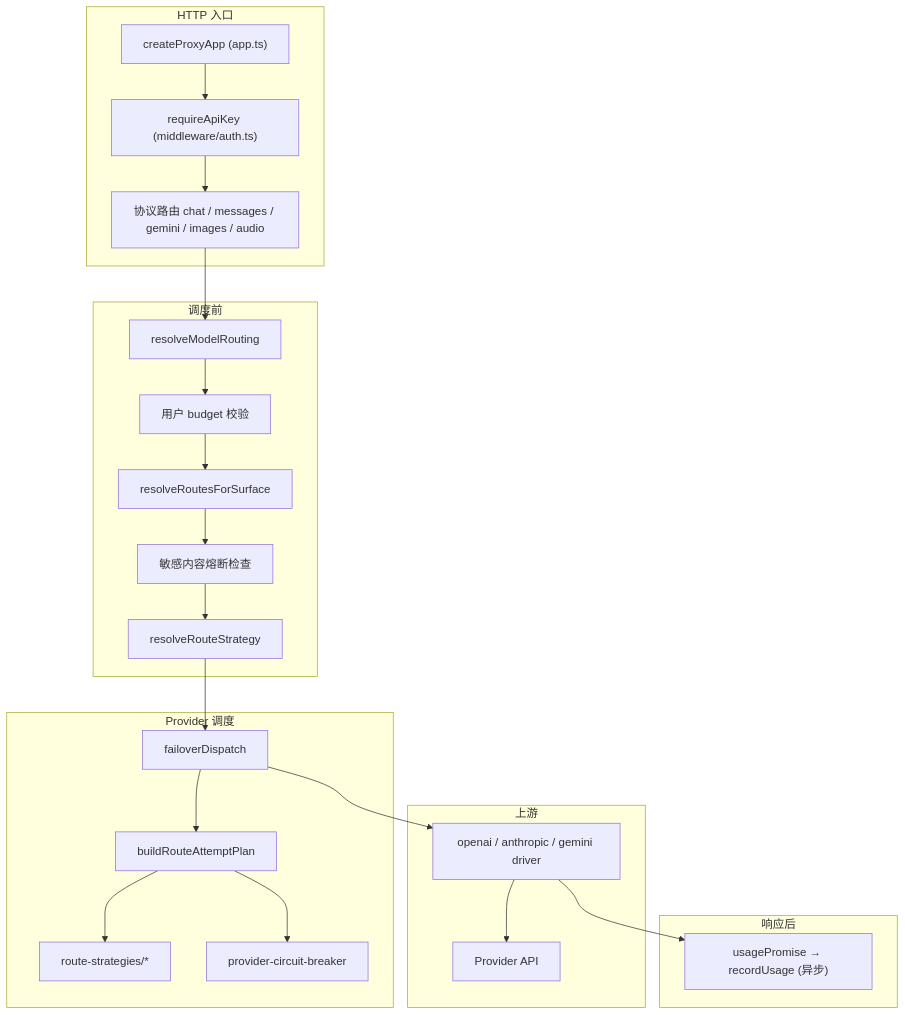
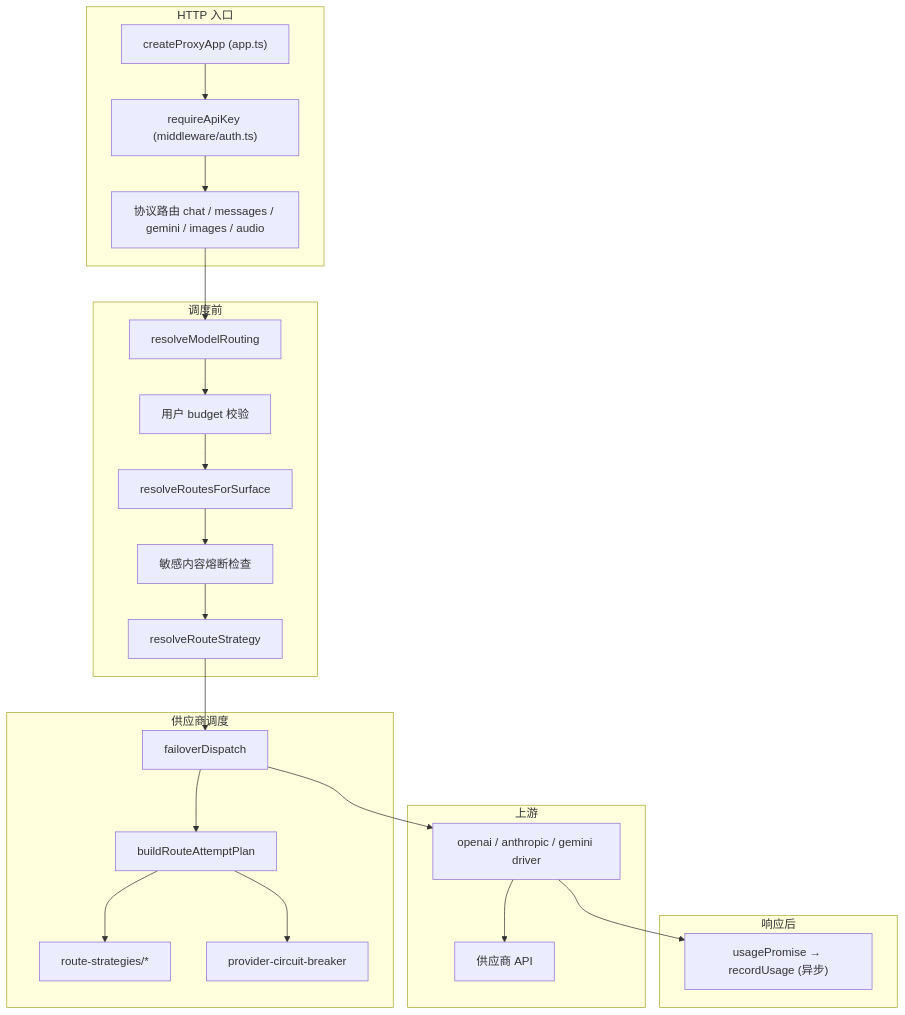
Before and after one commit to 827802685/cloud-api: the first of 2 diagrams in docs/developers/architecture/proxy-request-lifecycle.md, drawn with Mermaid. The commit also changed other lines of this file and 17 other files, not shown here.

````diff
--- a/docs/developers/architecture/proxy-request-lifecycle.md
+++ b/docs/developers/architecture/proxy-request-lifecycle.md
@@ -25,39 +25,39 @@
 ```mermaid
 flowchart TB
   subgraph entry [HTTP 入口]
     app["createProxyApp (app.ts)"]
     auth["requireApiKey (middleware/auth.ts)"]
     route["协议路由 chat / messages / gemini / images / audio"]
   end
 
   subgraph preDispatch [调度前]
     model["resolveModelRouting"]
     surface["resolveRoutesForSurface"]
     budget["用户 budget 校验"]
     sensitive["敏感内容熔断检查"]
     strategy["resolveRouteStrategy"]
   end
 
-  subgraph dispatch [Provider 调度]
+  subgraph dispatch [供应商调度]
     failover["failoverDispatch"]
     planner["buildRouteAttemptPlan"]
     strategies["route-strategies/*"]
     breaker["provider-circuit-breaker"]
   end
 
   subgraph upstream [上游]
     driver["openai / anthropic / gemini driver"]
-    provider["Provider API"]
+    provider["供应商 API"]
   end
 
   subgraph post [响应后]
     usage["usagePromise → recordUsage (异步)"]
   end
 
   app --> auth --> route --> model --> budget --> surface --> sensitive --> strategy --> failover
   failover --> planner
   planner --> strategies
   planner --> breaker
   failover --> driver --> provider
   driver --> usage
 ```
````
